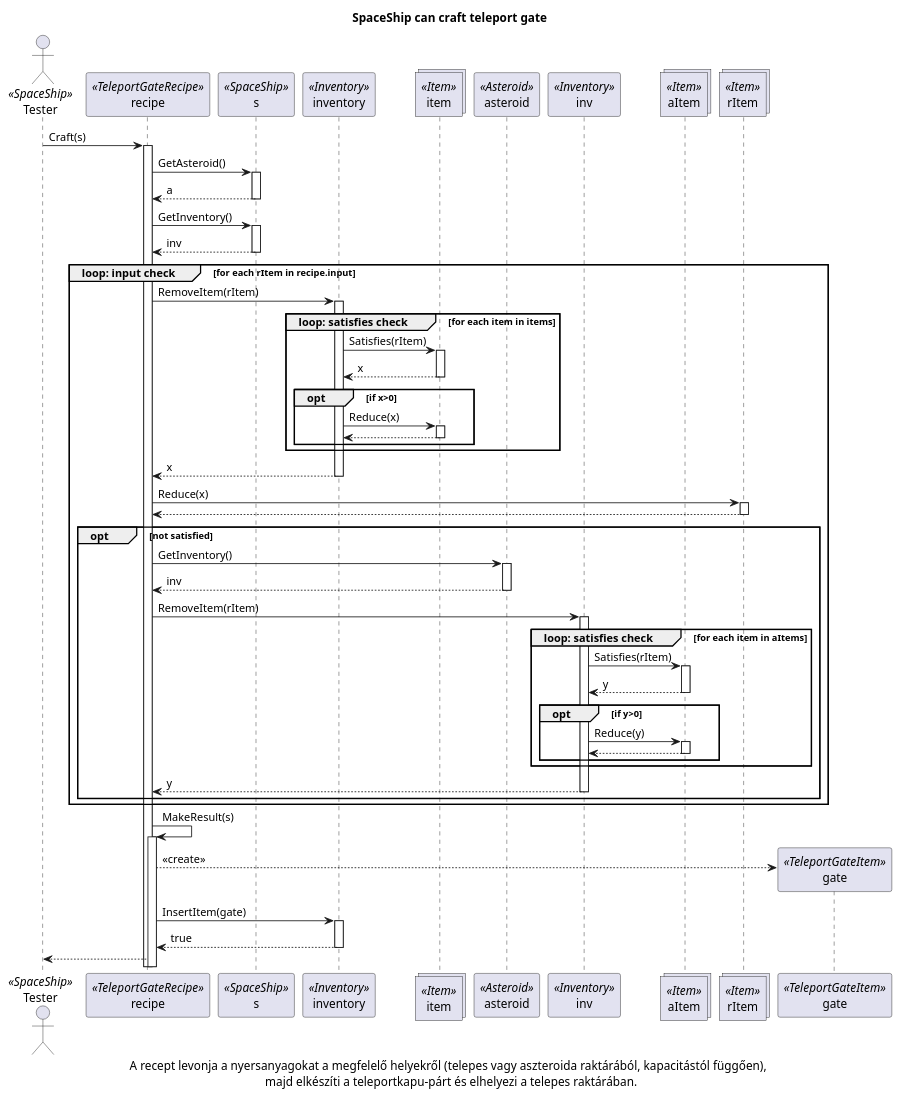
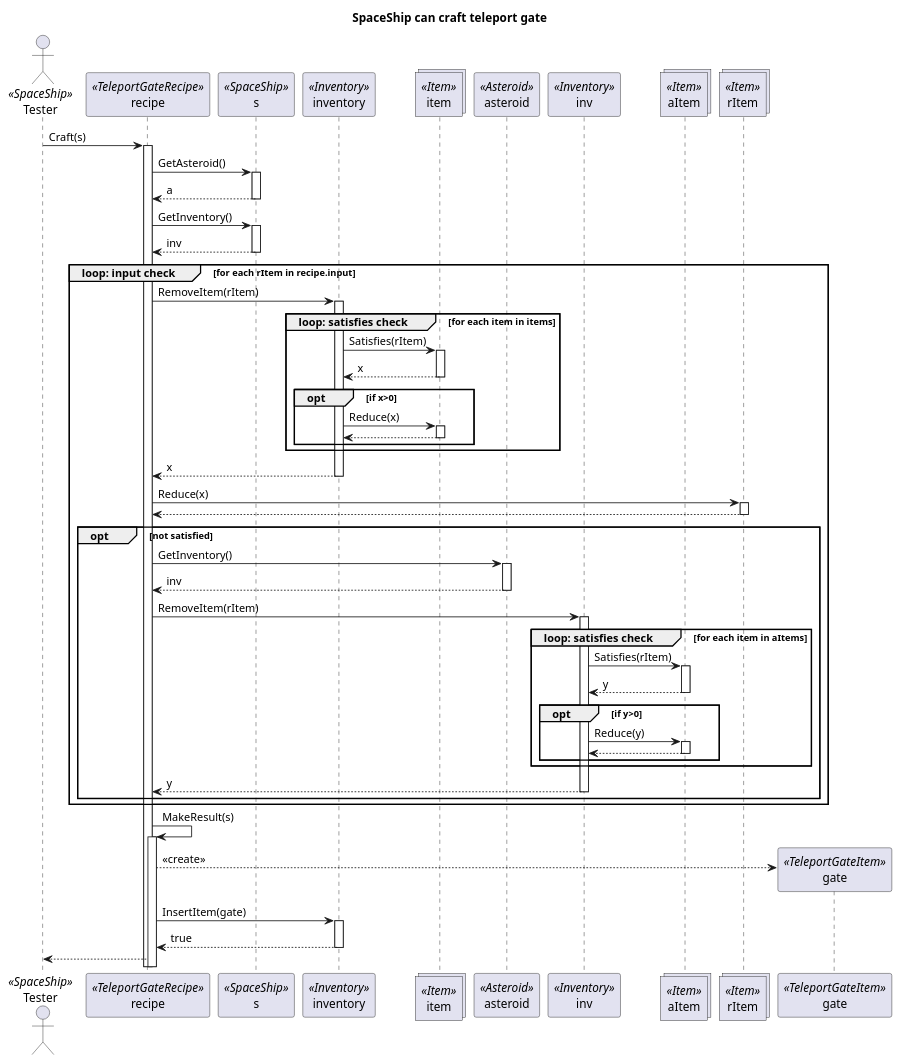
One commit to viseguard-studios/Documentation changed the diagram in docs/Skeleton/diagrams/Craft_teleport_gate/sequence/3.Craft_gate.puml. Above: the diagram before and after it, drawn with PlantUML. The commit also changed 14 other files, not shown here.

Commit message:
update uml

```diff
--- a/docs/Skeleton/diagrams/Craft_teleport_gate/sequence/3.Craft_gate.puml
+++ b/docs/Skeleton/diagrams/Craft_teleport_gate/sequence/3.Craft_gate.puml
@@ -1,71 +1,71 @@
 @startuml
 actor Tester as Tester<<SpaceShip>>
 participant recipe as recipe <<TeleportGateRecipe>>
 participant s as s <<SpaceShip>>
 participant inventory as inventory <<Inventory>>
 collections item as item <<Item>>
 participant asteroid as asteroid <<Asteroid>>
 participant inv as inv <<Inventory>>
 collections aItem as aItem <<Item>>
 collections rItem as rItem <<Item>>
 participant gate as gate <<TeleportGateItem>>
 
 title SpaceShip can craft teleport gate
 
 Tester-> recipe++: Craft(s)
 
 recipe -> s++: GetAsteroid()
 s --> recipe--: a
 
 recipe -> s++: GetInventory()
 s --> recipe--: inv
 
 group loop: input check[for each rItem in recipe.input]
 
     recipe -> inventory++: RemoveItem(rItem)
 
     group loop: satisfies check [for each item in items] 
          inventory -> item++: Satisfies(rItem)
          item --> inventory--: x
         group opt [if x>0]
             inventory -> item++: Reduce(x)
             item --> inventory--:
         end
     end
 
     inventory-->recipe--: x
 
     recipe -> rItem++: Reduce(x)
     rItem --> recipe--: 
 
     group opt [not satisfied]
         recipe -> asteroid++: GetInventory()
         asteroid --> recipe--: inv
 
         recipe -> inv++: RemoveItem(rItem)
 
             group loop: satisfies check [for each item in aItems] 
                  inv -> aItem++: Satisfies(rItem)
                  aItem --> inv--: y
                 group opt [if y>0]
                       inv -> aItem++: Reduce(y)
                       aItem --> inv--:
                  end
            end
         inv--> recipe--: y
     end
 end
 
 recipe -> recipe++: MakeResult(s)
 
 create gate
 recipe --> gate: <<create>>
 
 recipe -> inventory++: InsertItem(gate)
 inventory --> recipe--: true
 
 recipe --> Tester: 
 
-caption A recept levonja a nyersanyagokat a megfelelő helyekről (telepes vagy aszteroida raktárából, kapacitástól függően), \n majd elkészíti a teleportkapu-párt és elhelyezi a telepes raktárában.  
+ 
 
 @enduml
```
